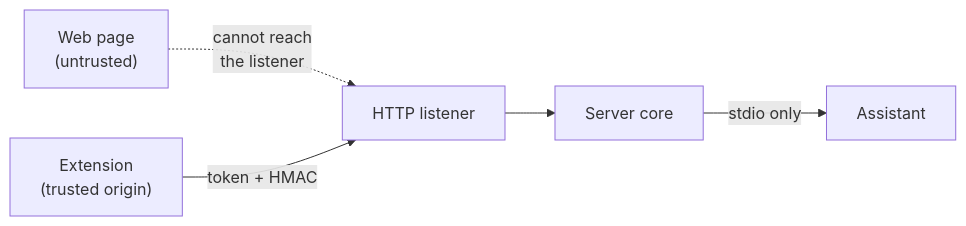
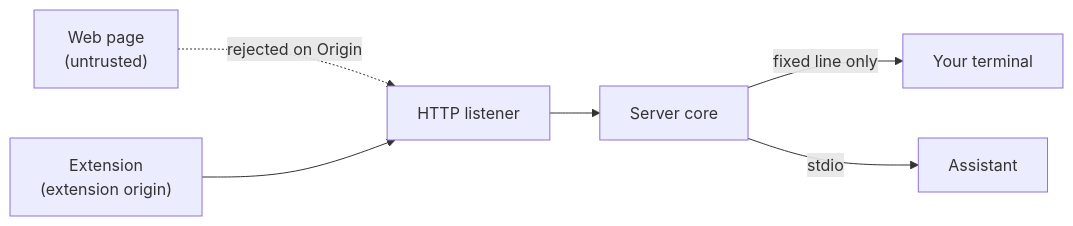
The second of 2 diagrams in docs/architecture.md (pallandir/claude-comments), drawn with Mermaid before and after one commit. The commit also changed other lines of this file and 16 other files, not shown here.

````diff
--- a/docs/architecture.md
+++ b/docs/architecture.md
@@ -97,7 +97,8 @@
 ```mermaid
 flowchart LR
-    Page["Web page<br/>(untrusted)"] -. "cannot reach<br/>the listener" .-> Http["HTTP listener"]
-    Ext["Extension<br/>(trusted origin)"] -- "token + HMAC" --> Http
+    Page["Web page<br/>(untrusted)"] -. "rejected on Origin" .-> Http["HTTP listener"]
+    Ext["Extension<br/>(extension origin)"] --> Http
     Http --> Server["Server core"]
-    Server -- "stdio only" --> Assistant["Assistant"]
+    Server -- "fixed line only" --> Terminal["Your terminal"]
+    Server -- "stdio" --> Assistant["Assistant"]
 ```
````
